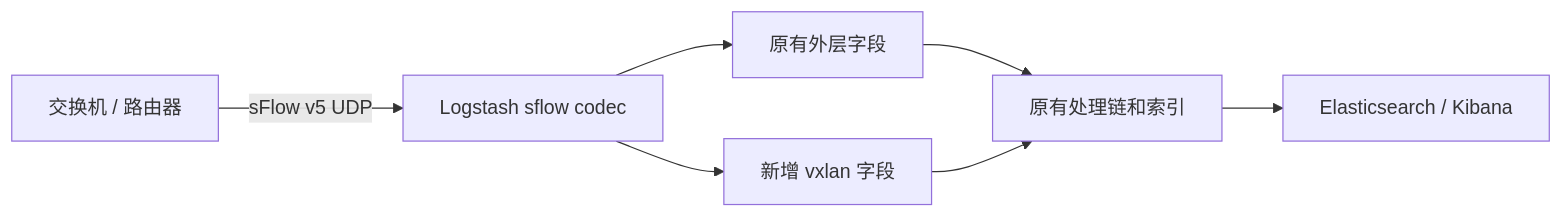
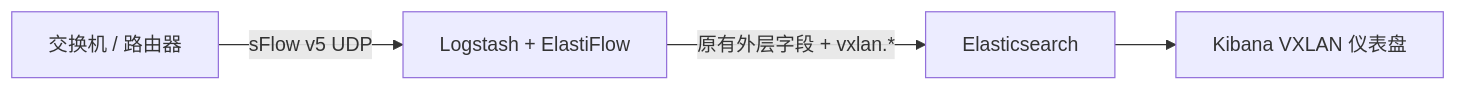
Before and after one commit to blusssss/elastiflow-vxlan: the first of 2 diagrams in README.md, drawn with Mermaid. The commit also changed other lines of this file and 6 other files, not shown here.

Commit message:
Ship Kibana dashboards and complete ElastiFlow deployment

````diff
--- a/README.md
+++ b/README.md
@@ -5,9 +7,6 @@
 ```mermaid
 flowchart LR
-  A[交换机 / 路由器] -->|sFlow v5 UDP| B[Logstash sflow codec]
-  B --> C[原有外层字段]
-  B --> D[新增 vxlan 字段]
-  C --> E[原有处理链和索引]
-  D --> E
-  E --> F[Elasticsearch / Kibana]
+  A[交换机 / 路由器] -->|sFlow v5 UDP| B[Logstash + ElastiFlow]
+  B -->|原有外层字段 + vxlan.*| C[Elasticsearch]
+  C --> D[Kibana VXLAN 仪表盘]
 ```
````
